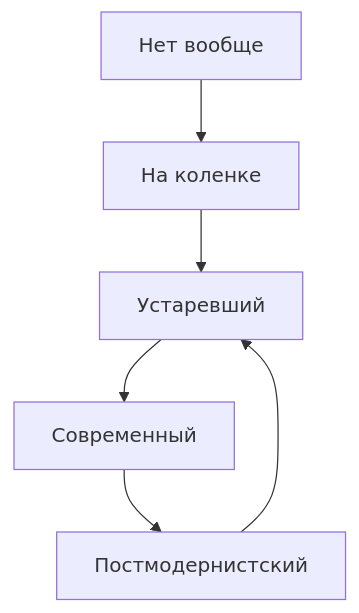
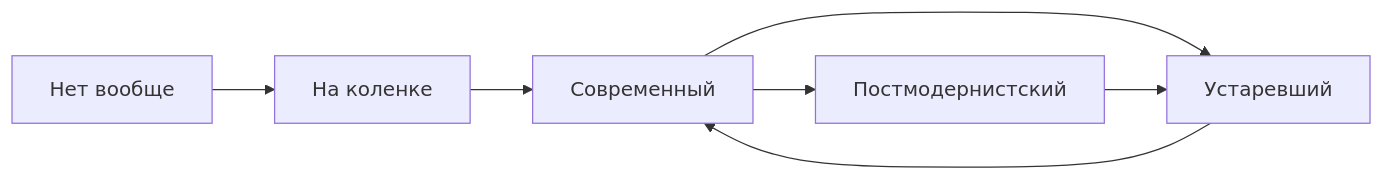
Before and after one commit to almorgv/talks: the first of 3 diagrams in rnd-tech-conf-21/slides.md, drawn with Mermaid. The commit also changed other lines of this file and 2 other files, not shown here.

````diff
--- a/rnd-tech-conf-21/slides.md
+++ b/rnd-tech-conf-21/slides.md
@@ -111,6 +111,8 @@
-```mermaid {theme: 'neutral', scale: 0.8}
-graph TD
+```mermaid
+graph LR
     linkStyle default interpolate basis
-    A[Нет вообще] --> B[На коленке]
-    B --> C[Устаревший] --> D[Современный] --> E[Постмодернистский] --> C
+    A[Нет вообще] --> B[На коленке] --> C[Современный] --> D[Постмодернистский]
+    C --> E[Устаревший]
+    D --> E
+    E --> C
 ```
````
